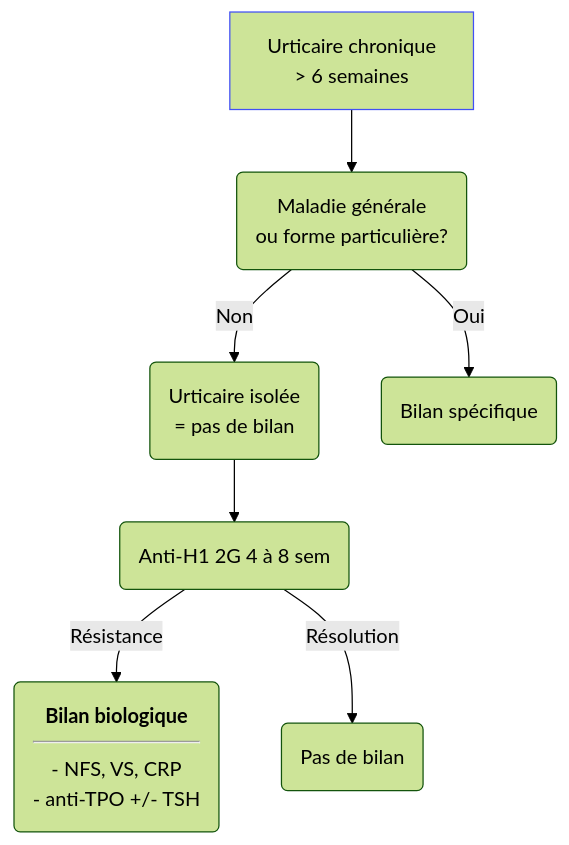
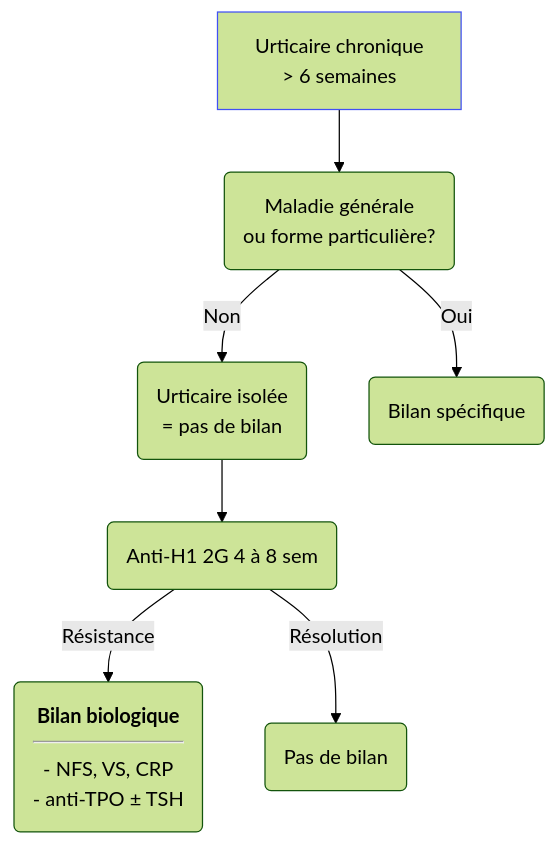
The second of 2 diagrams in content/recommandations/urticaire.md (djibe/recommandations-medicales), drawn with Mermaid (forest theme) before and after one commit. The commit also changed 16 other files, not shown here.

```diff
--- a/content/recommandations/urticaire.md
+++ b/content/recommandations/urticaire.md
@@ -384,9 +384,9 @@
 {{< mermaid title="Conduite à tenir devant une urticaire chronique. Dr JB Fron d'après ANAES 2003" >}}
 graph TB
-  UC["Urticaire chronique<br>&gt; 6 semaines"] --> orientation("Maladie générale<br> ou forme particulière?")
+  UC["Urticaire chronique<br>&gt; 6 semaines"] --> orientation("Maladie générale<br>ou forme particulière?")
   style UC stroke:#4150f5, stroke-width:1px
     orientation -- Non --> isolee("Urticaire isolée<br>= pas de bilan") --> ttt1(Anti-H1 2G 4 à 8 sem)
-        ttt1 -- Résistance --> bilan("<b>Bilan biologique</b><hr>- NFS, VS, CRP<br>- anti-TPO +/- TSH")
+        ttt1 -- Résistance --> bilan("<b>Bilan biologique</b><hr>- NFS, VS, CRP<br>- anti-TPO &plusmn; TSH")
         ttt1 -- Résolution --> fin(Pas de bilan)
     orientation -- Oui --> maladie(Bilan spécifique)
 {{< /mermaid >}}
```
